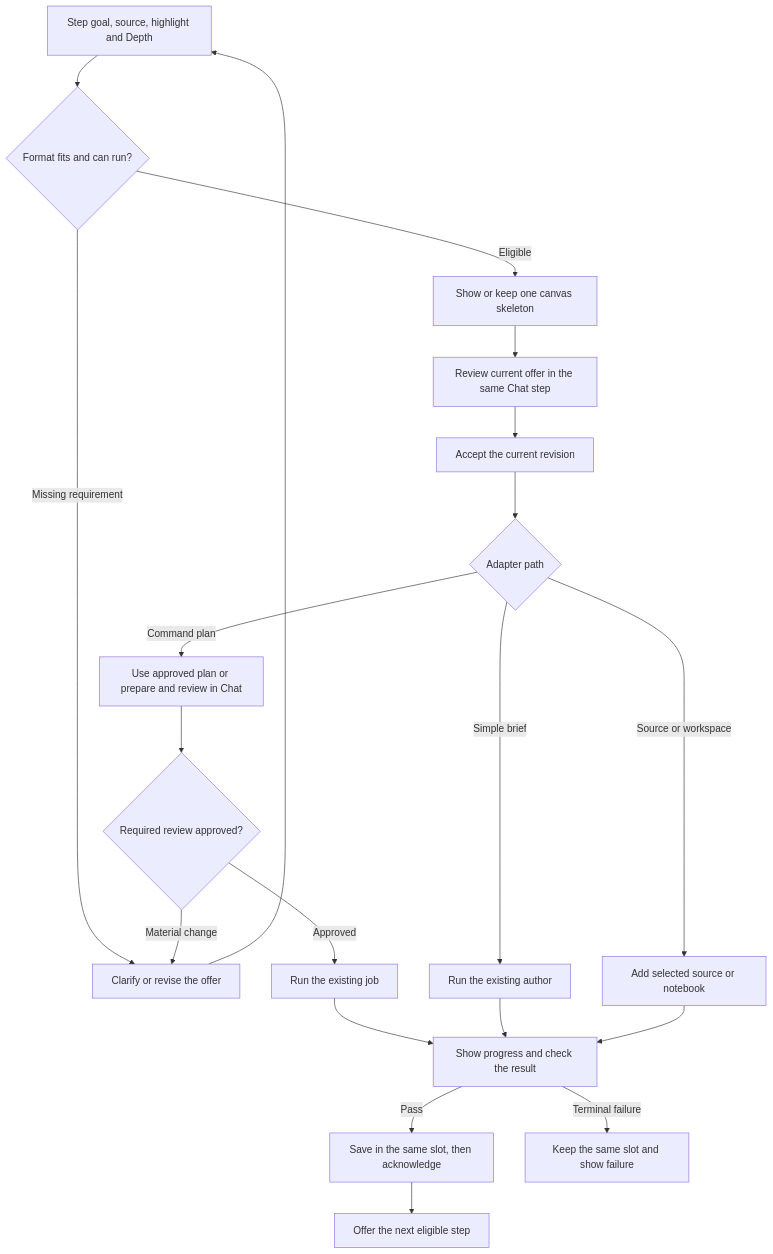
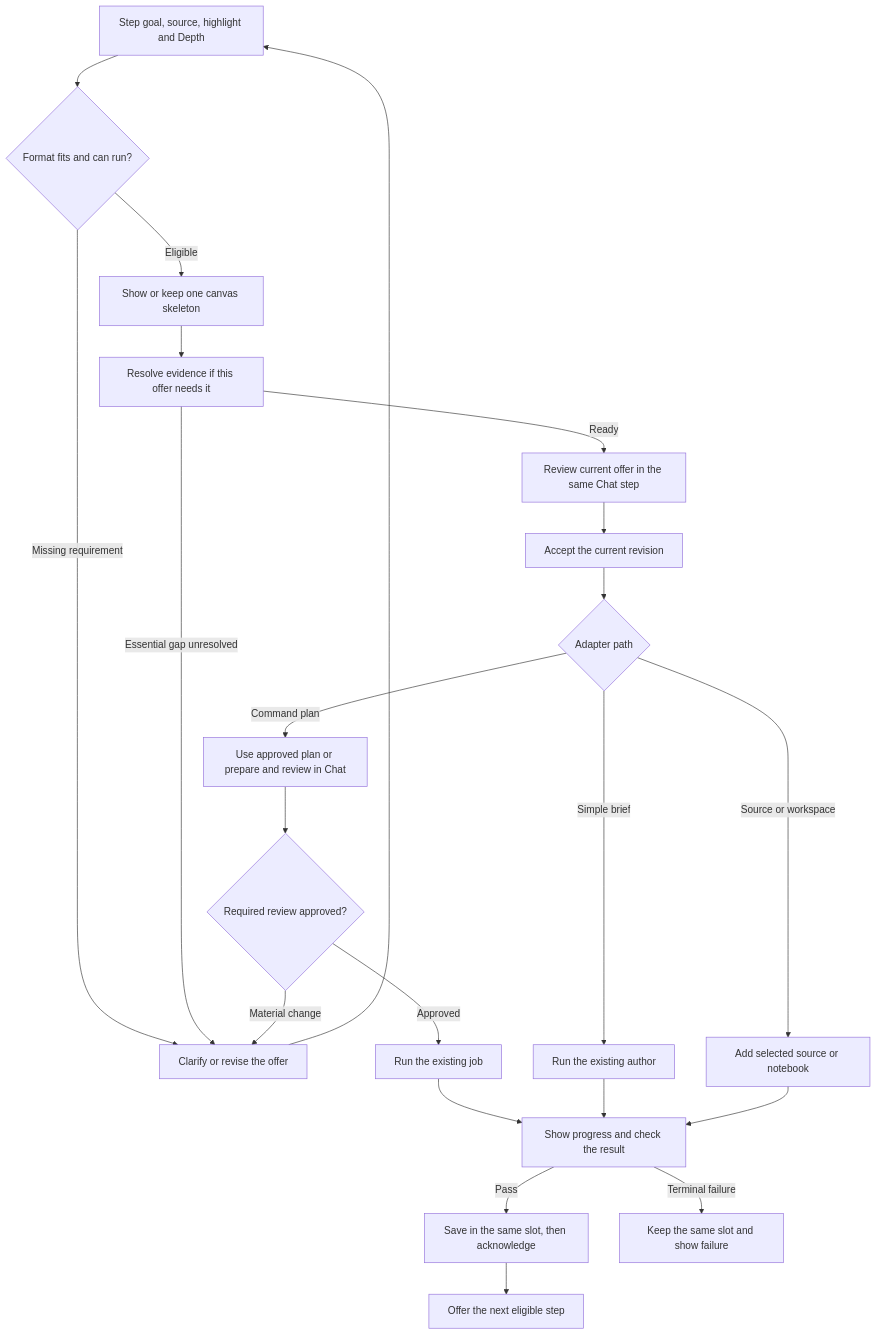
One commit to Rabbit-Hole-App/Rabbit-Hole changed the second of 2 diagrams in docs/features/explain-on-canvas/handoff/tutor-roadmap-v1.4.md. Above: the diagram before and after it, drawn with Mermaid. The commit also changed other lines of this file, not shown here.

Commit message:
Stage R8a evidence flow in tutor-roadmap-v1.4.md

````diff
--- a/docs/features/explain-on-canvas/handoff/tutor-roadmap-v1.4.md
+++ b/docs/features/explain-on-canvas/handoff/tutor-roadmap-v1.4.md
@@ -696,22 +701,24 @@
 ```mermaid
 flowchart TD
     brief["Step goal, source, highlight and Depth"] --> fit{"Format fits and can run?"}
     fit -->|"Missing requirement"| revise["Clarify or revise the offer"]
     revise --> brief
     fit -->|"Eligible"| slot["Show or keep one canvas skeleton"]
-    slot --> review["Review current offer in the same Chat step"]
+    slot --> evidence["Resolve evidence if this offer needs it"]
+    evidence -->|"Ready"| review["Review current offer in the same Chat step"]
+    evidence -->|"Essential gap unresolved"| revise
     review --> accept["Accept the current revision"]
     accept --> route{"Adapter path"}
     route -->|"Command plan"| plan["Use approved plan or prepare and review in Chat"]
     plan --> approval{"Required review approved?"}
     approval -->|"Material change"| revise
     approval -->|"Approved"| generate["Run the existing job"]
     route -->|"Simple brief"| author["Run the existing author"]
     route -->|"Source or workspace"| add["Add selected source or notebook"]
     generate --> check["Show progress and check the result"]
     author --> check
     add --> check
     check -->|"Pass"| save["Save in the same slot, then acknowledge"]
     check -->|"Terminal failure"| failed["Keep the same slot and show failure"]
     save --> next["Offer the next eligible step"]
 ```
````
